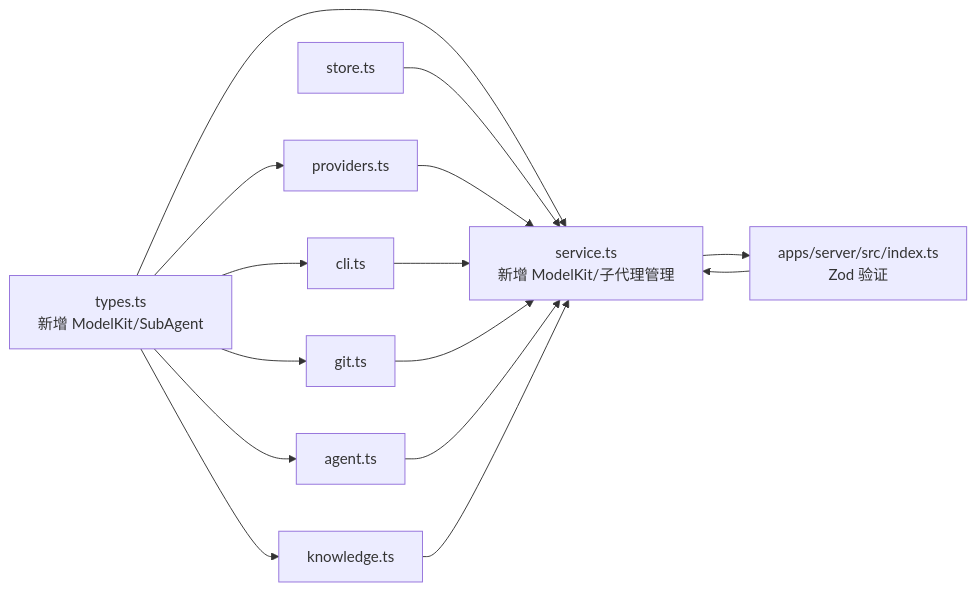
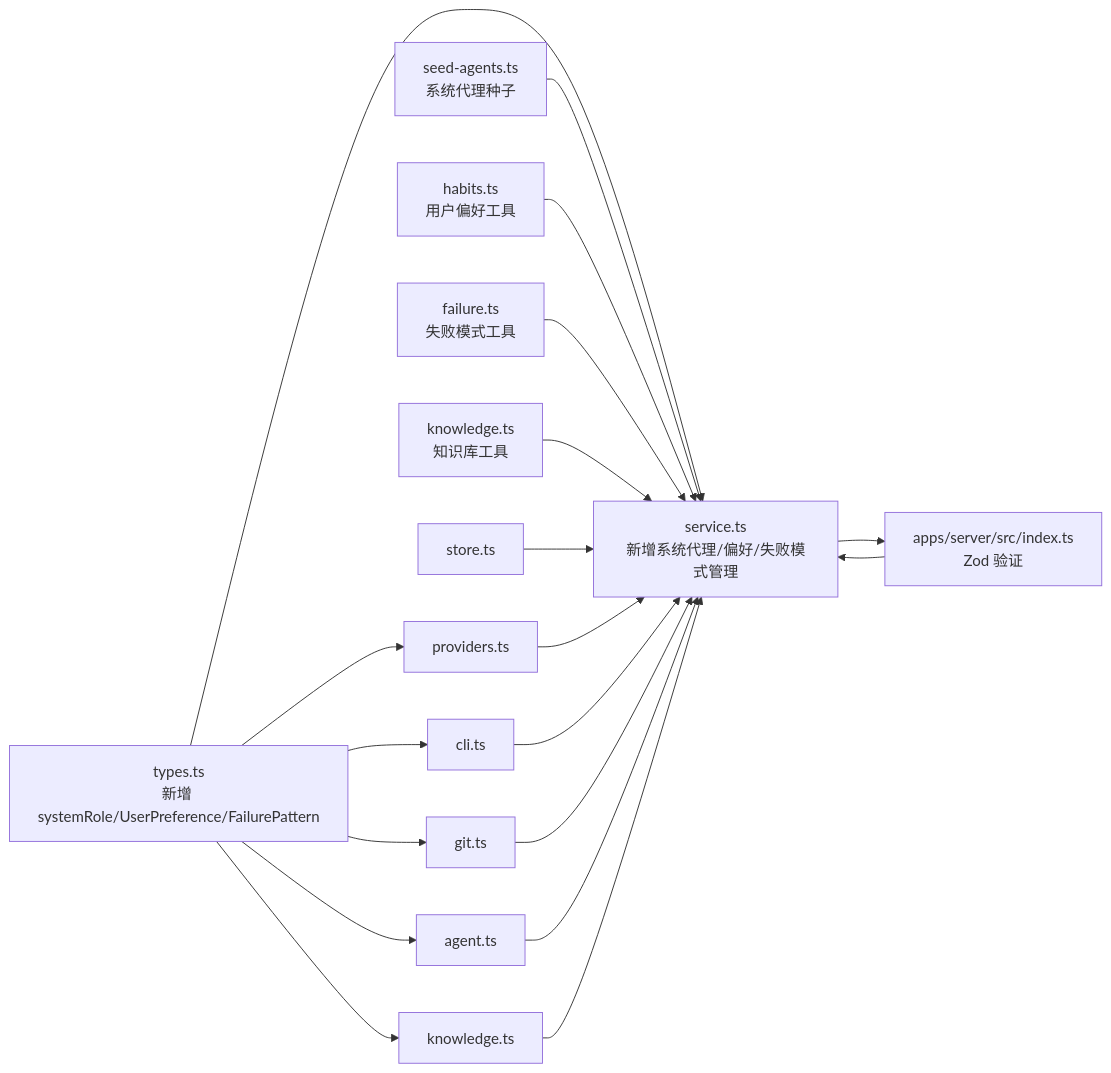
The seventh of 7 diagrams in .qoder/repowiki/zh/content/数据模型和类型系统/数据模型和类型系统.md (coconilu/RepoHelm), drawn with Mermaid before and after one commit. The commit also changed other lines of this file and 12 other files, not shown here.

First line of the commit message:
Add feature-quality workflow and system agents

````diff
--- a/.qoder/repowiki/zh/content/数据模型和类型系统/数据模型和类型系统.md
+++ b/.qoder/repowiki/zh/content/数据模型和类型系统/数据模型和类型系统.md
@@ -620,17 +876,21 @@
 ```mermaid
 graph LR
-Types["types.ts<br/>新增 ModelKit/SubAgent"] --> Service["service.ts<br/>新增 ModelKit/子代理管理"]
+Types["types.ts<br/>新增 systemRole/UserPreference/FailurePattern"] --> Service["service.ts<br/>新增系统代理/偏好/失败模式管理"]
 Types --> Agent["agent.ts"]
 Types --> Git["git.ts"]
 Types --> Providers["providers.ts"]
 Types --> CLI["cli.ts"]
 Types --> Knowledge["knowledge.ts"]
+SeedAgents["seed-agents.ts<br/>系统代理种子"] --> Service
+Habits["habits.ts<br/>用户偏好工具"] --> Service
+Failure["failure.ts<br/>失败模式工具"] --> Service
+KnowledgeTools["knowledge.ts<br/>知识库工具"] --> Service
 Store["store.ts"] --> Service
 Providers --> Service
 CLI --> Service
 Git --> Service
 Agent --> Service
 Knowledge --> Service
 API["apps/server/src/index.ts<br/>Zod 验证"] --> Service
 Service --> API
 ```
````
